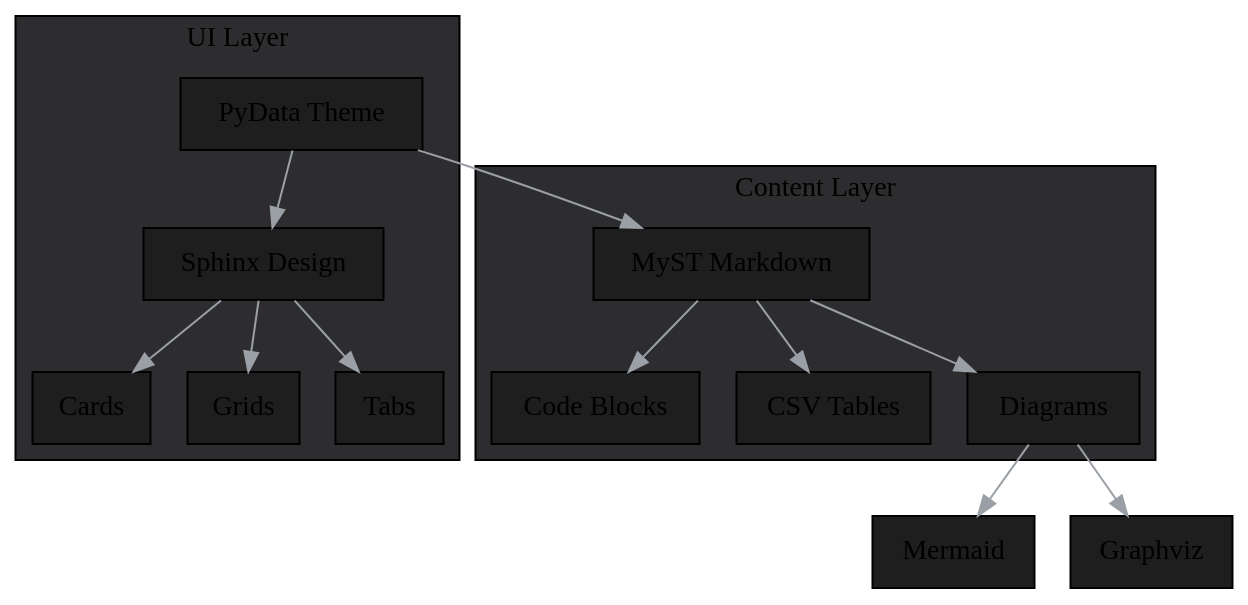
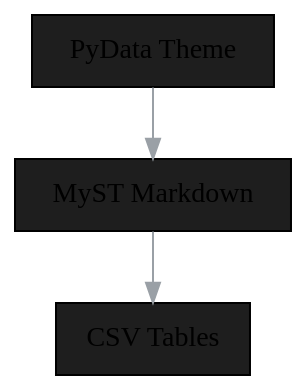
One commit to lukaszj321/otcv8-dev changed the second of 4 diagrams in docs/guide/index.md. Above: the diagram before and after it, drawn with Graphviz. The commit also changed other lines of this file, not shown here.

````diff
--- a/docs/guide/index.md
+++ b/docs/guide/index.md
@@ -112,35 +162,12 @@
 ```{graphviz}
 :align: center
 
 digraph G {
   rankdir=TB;
   bgcolor="transparent";
   node [style=filled, fillcolor="#1e1e1e", fontcolor="#ddd", shape=box];
   edge [color="#9aa0a6"];
-  
-  subgraph cluster_ui {
-    label="UI Layer";
-    style=filled;
-    fillcolor="#2d2d30";
-    fontcolor="#ddd";
-    "PyData Theme" -> "Sphinx Design";
-    "Sphinx Design" -> "Cards";
-    "Sphinx Design" -> "Grids";
-    "Sphinx Design" -> "Tabs";
-  }
-  
-  subgraph cluster_content {
-    label="Content Layer";
-    style=filled;
-    fillcolor="#2d2d30";
-    fontcolor="#ddd";
-    "MyST Markdown" -> "Code Blocks";
-    "MyST Markdown" -> "CSV Tables";
-    "MyST Markdown" -> "Diagrams";
-  }
-  
   "PyData Theme" -> "MyST Markdown";
-  "Diagrams" -> "Mermaid";
-  "Diagrams" -> "Graphviz";
+  "MyST Markdown" -> "CSV Tables";
 }
 ```
````
